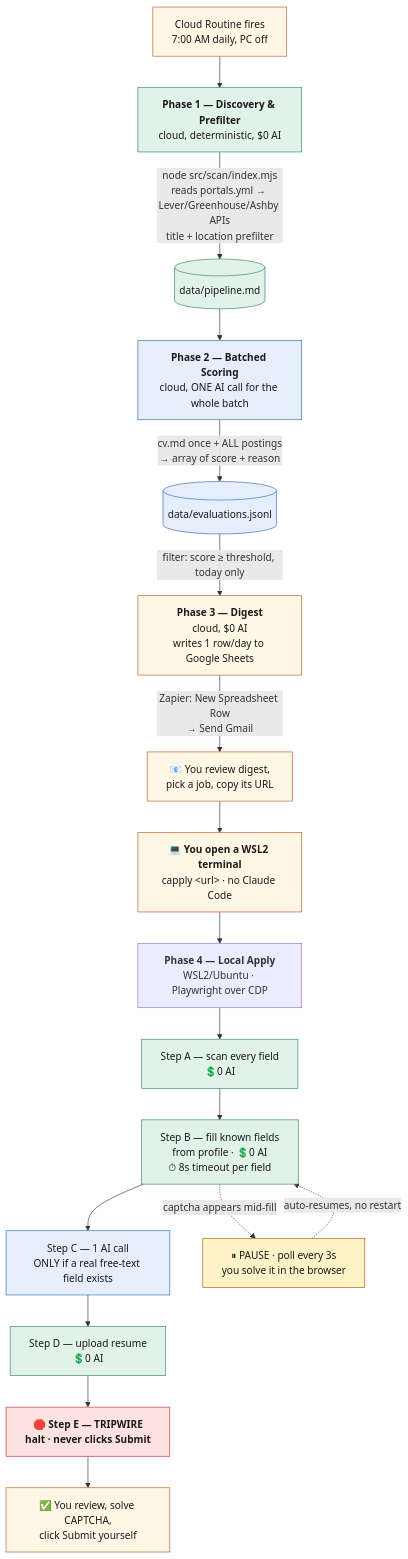
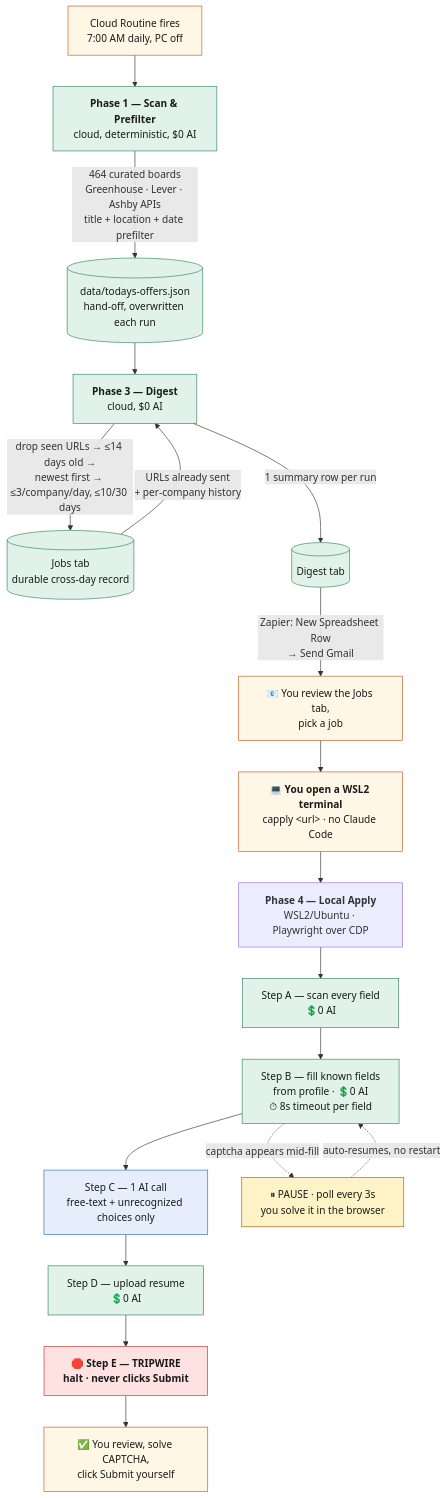
The diagram in docs/project-notes/pipeline-architecture.md (rohanaluri/claude-apply), drawn with Mermaid before and after one commit. The commit also changed other lines of this file and 45 other files, not shown here.

````diff
--- a/docs/project-notes/pipeline-architecture.md
+++ b/docs/project-notes/pipeline-architecture.md
@@ -301,32 +385,33 @@
 ```mermaid
 flowchart TD
-    A["Cloud Routine fires<br/>7:00 AM daily, PC off"] --> B["<b>Phase 1 — Discovery & Prefilter</b><br/>cloud, deterministic, $0 AI"]
-    B -->|"node src/scan/index.mjs<br/>reads portals.yml → Lever/Greenhouse/Ashby APIs<br/>title + location prefilter"| C[("data/pipeline.md")]
-    C --> D["<b>Phase 2 — Batched Scoring</b><br/>cloud, ONE AI call for the whole batch"]
-    D -->|"cv.md once + ALL postings<br/>→ array of score + reason"| E[("data/evaluations.jsonl")]
-    E -->|"filter: score ≥ threshold, today only"| F["<b>Phase 3 — Digest</b><br/>cloud, $0 AI<br/>writes 1 row/day to Google Sheets"]
-    F -->|"Zapier: New Spreadsheet Row<br/>→ Send Gmail"| G["📧 You review digest,<br/>pick a job, copy its URL"]
+    A["Cloud Routine fires<br/>7:00 AM daily, PC off"] --> B["<b>Phase 1 — Scan & Prefilter</b><br/>cloud, deterministic, $0 AI"]
+    B -->|"464 curated boards<br/>Greenhouse · Lever · Ashby APIs<br/>title + location + date prefilter"| C[("data/todays-offers.json<br/>hand-off, overwritten each run")]
+    C --> F["<b>Phase 3 — Digest</b><br/>cloud, $0 AI"]
+    J[("Jobs tab<br/>durable cross-day record")] -->|"URLs already sent<br/>+ per-company history"| F
+    F -->|"drop seen URLs → ≤14 days old →<br/>newest first → ≤3/company/day, ≤10/30 days"| J
+    F -->|"1 summary row per run"| D[("Digest tab")]
+    D -->|"Zapier: New Spreadsheet Row<br/>→ Send Gmail"| G["📧 You review the Jobs tab,<br/>pick a job"]
     G --> T["💻 <b>You open a WSL2 terminal</b><br/>capply &lt;url&gt; · no Claude Code"]
     T --> H["<b>Phase 4 — Local Apply</b><br/>WSL2/Ubuntu · Playwright over CDP"]
     H --> H1["Step A — scan every field<br/>💲0 AI"]
     H1 --> H2["Step B — fill known fields<br/>from profile · 💲0 AI<br/>⏱ 8s timeout per field"]
-    H2 --> H3["Step C — 1 AI call<br/>ONLY if a real free-text field exists"]
+    H2 --> H3["Step C — 1 AI call<br/>free-text + unrecognized choices only"]
     H3 --> H4["Step D — upload resume<br/>💲0 AI"]
     H4 --> H5["🛑 Step E — TRIPWIRE<br/>halt · never clicks Submit"]
     H5 --> I["✅ You review, solve CAPTCHA,<br/>click Submit yourself"]
 
     H2 -.->|"captcha appears mid-fill"| P["⏸ PAUSE · poll every 3s<br/>you solve it in the browser"]
     P -.->|"auto-resumes, no restart"| H2
 
     classDef free fill:#e0f2e9,stroke:#2f855a,color:#1a1a1a
     classDef ai fill:#e6eefc,stroke:#2b6cb0,color:#1a1a1a
     classDef human fill:#fff7e6,stroke:#c05621,color:#1a1a1a
     classDef tripwire fill:#fde2e1,stroke:#c53030,color:#1a1a1a,font-weight:bold
     classDef pause fill:#fef3c7,stroke:#b45309,color:#1a1a1a
 
-    class B,C,H1,H2,H4 free
-    class D,E,H3 ai
-    class A,F,G,I,T human
+    class B,C,F,J,D,H1,H2,H4 free
+    class H3 ai
+    class A,G,I,T human
     class H5 tripwire
     class P pause
 ```
````
